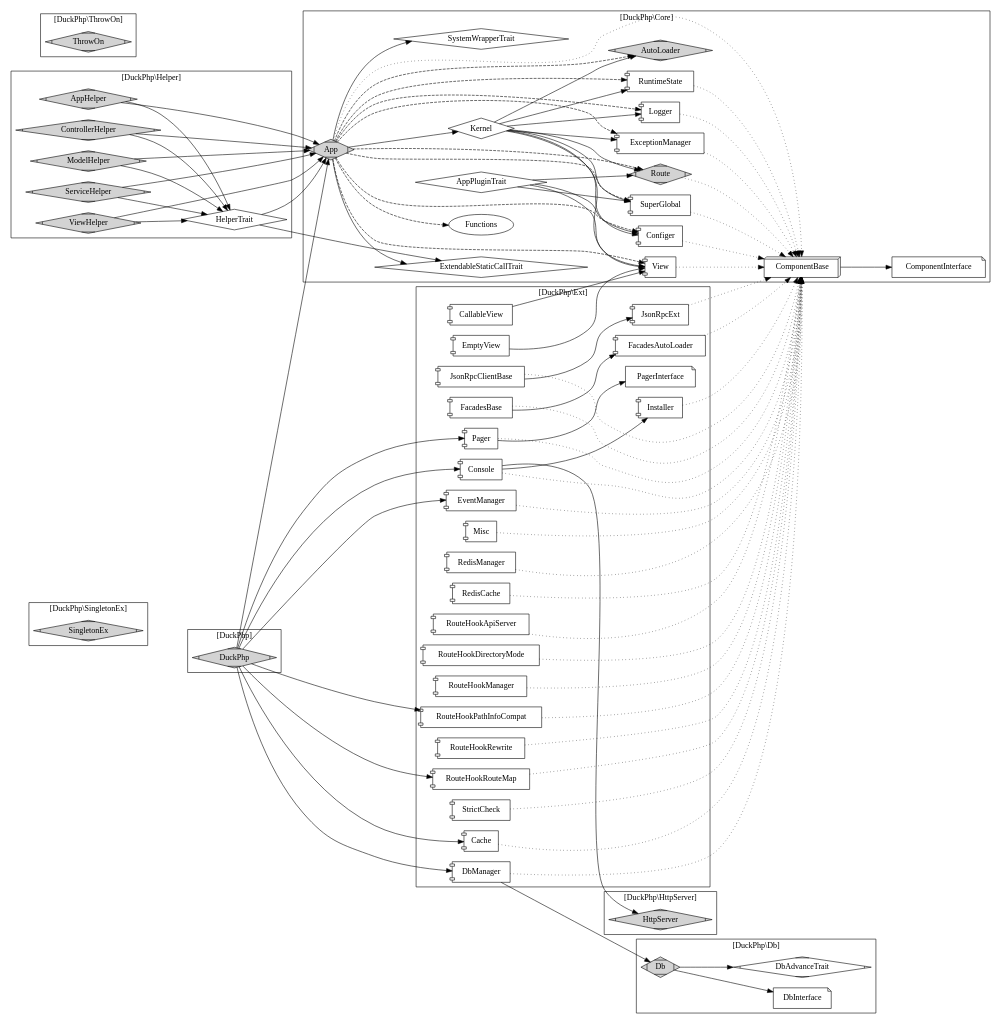
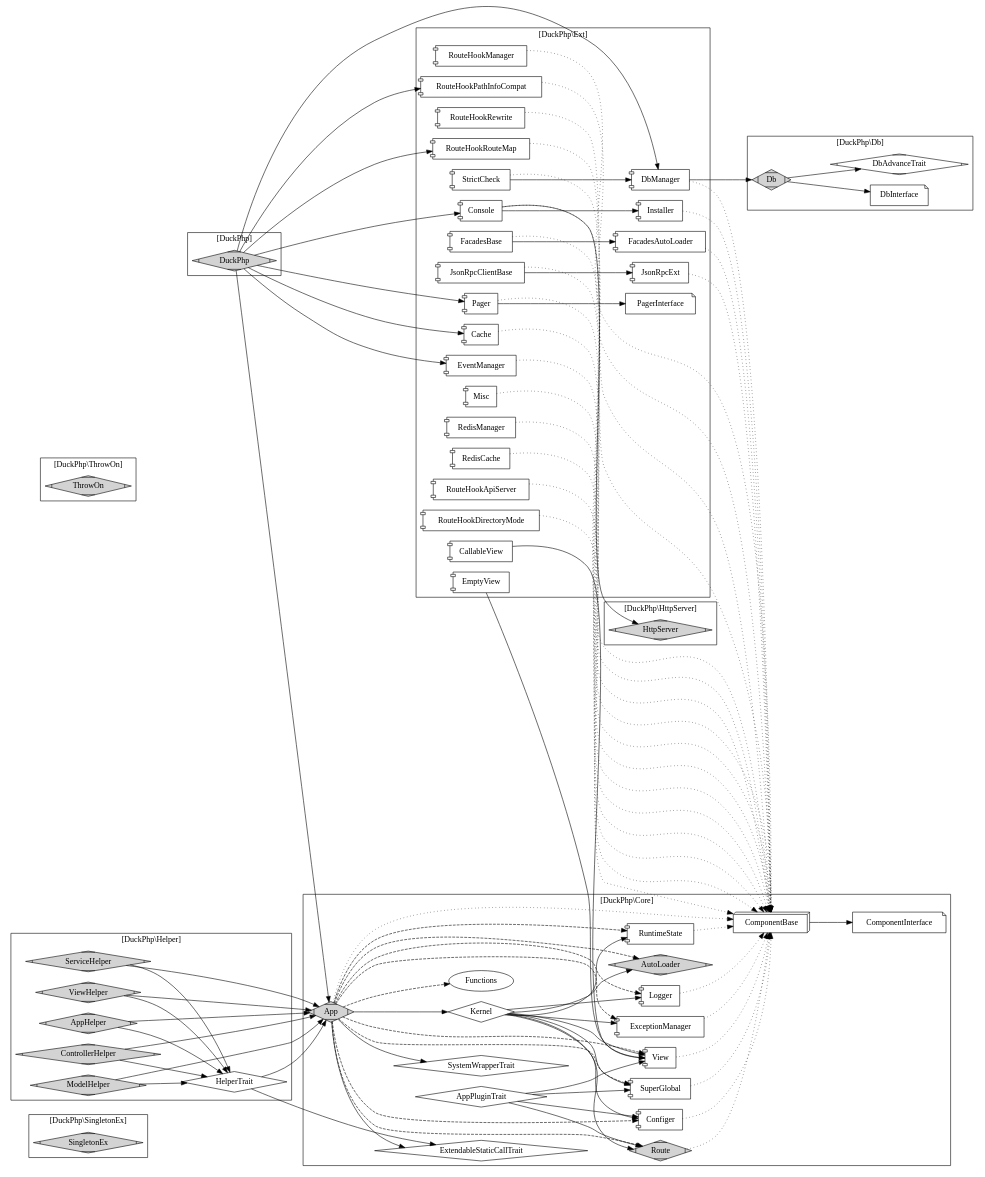
The diagram in doc/duckphp.gv (dvaknheo/duckphp), drawn with Graphviz before and after one commit. The commit also changed 11 other files, not shown here.

```diff
--- a/doc/duckphp.gv
+++ b/doc/duckphp.gv
@@ -175,6 +175,7 @@
     FacadesBase -> Core_ComponentBase [style="dotted"];
     JsonRpcClientBase ->JsonRpcExt;
     JsonRpcClientBase -> Core_ComponentBase [style="dotted"];
+    StrictCheck -> DbManager;
 
     Pager -> PagerInterface; 
 }
```
